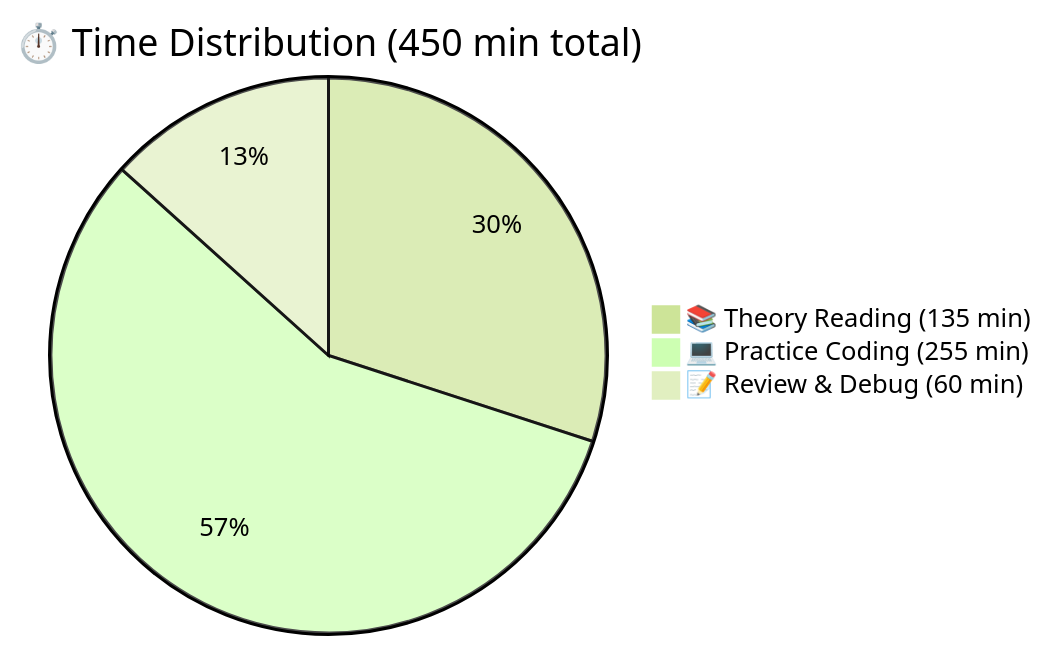
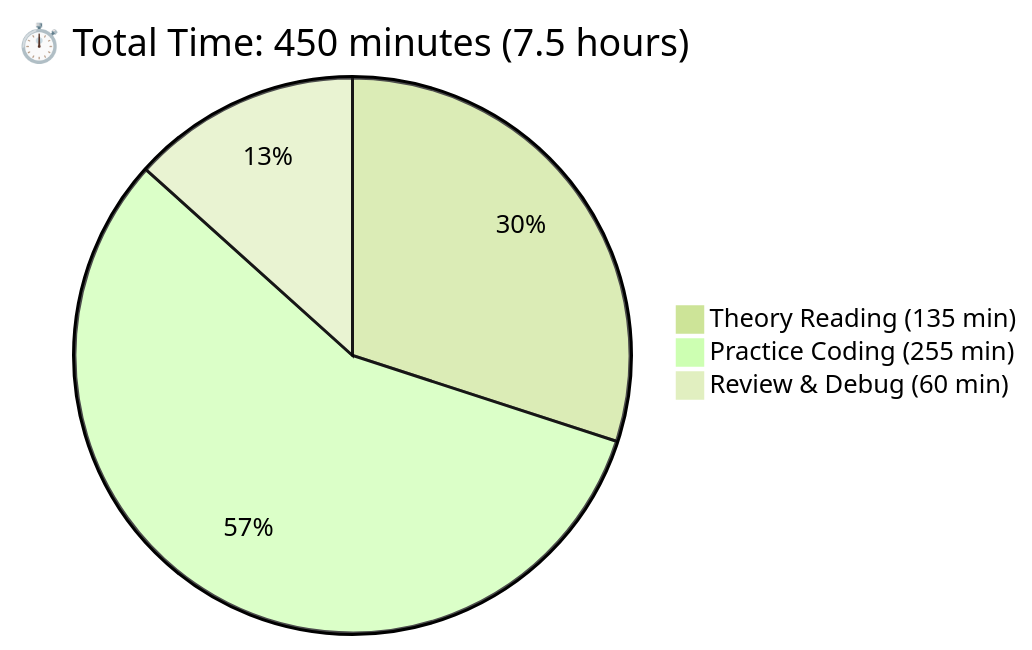
One commit to Lagmouchyoussef/Python-Practical-Works changed the seventh of 22 diagrams in README.md. Above: the diagram before and after it, drawn with Mermaid (forest theme). The commit also changed other lines of this file, not shown here.

````diff
--- a/README.md
+++ b/README.md
@@ -215,6 +297,6 @@
 ```mermaid
-pie title ⏱️ Time Distribution (450 min total)
-    "📚 Theory Reading (135 min)" : 135
-    "💻 Practice Coding (255 min)" : 255
-    "📝 Review & Debug (60 min)" : 60
+pie title ⏱️ Total Time: 450 minutes (7.5 hours)
+    "Theory Reading (135 min)" : 135
+    "Practice Coding (255 min)" : 255
+    "Review & Debug (60 min)" : 60
 ```
````
